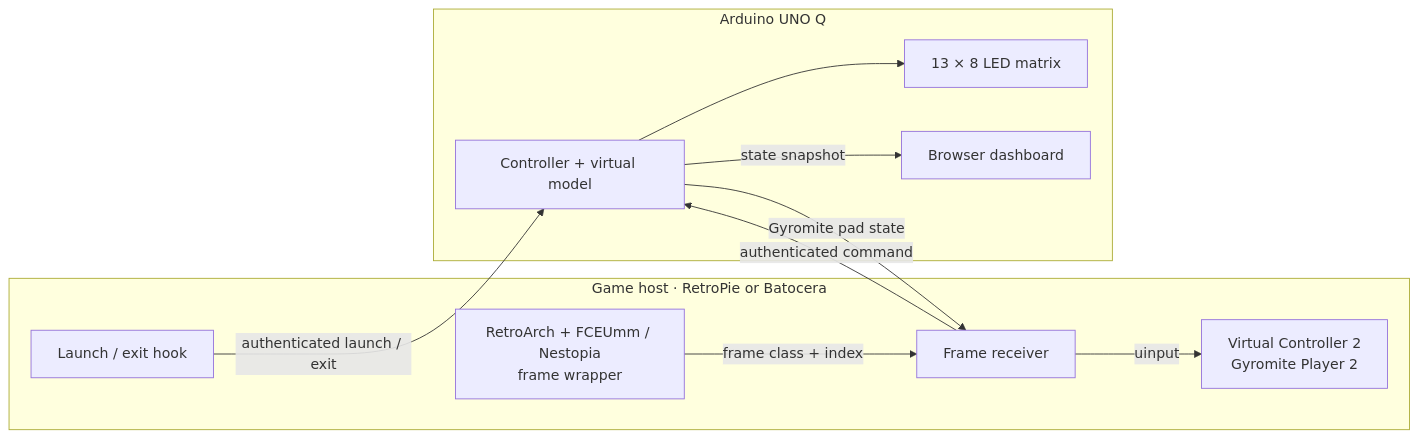
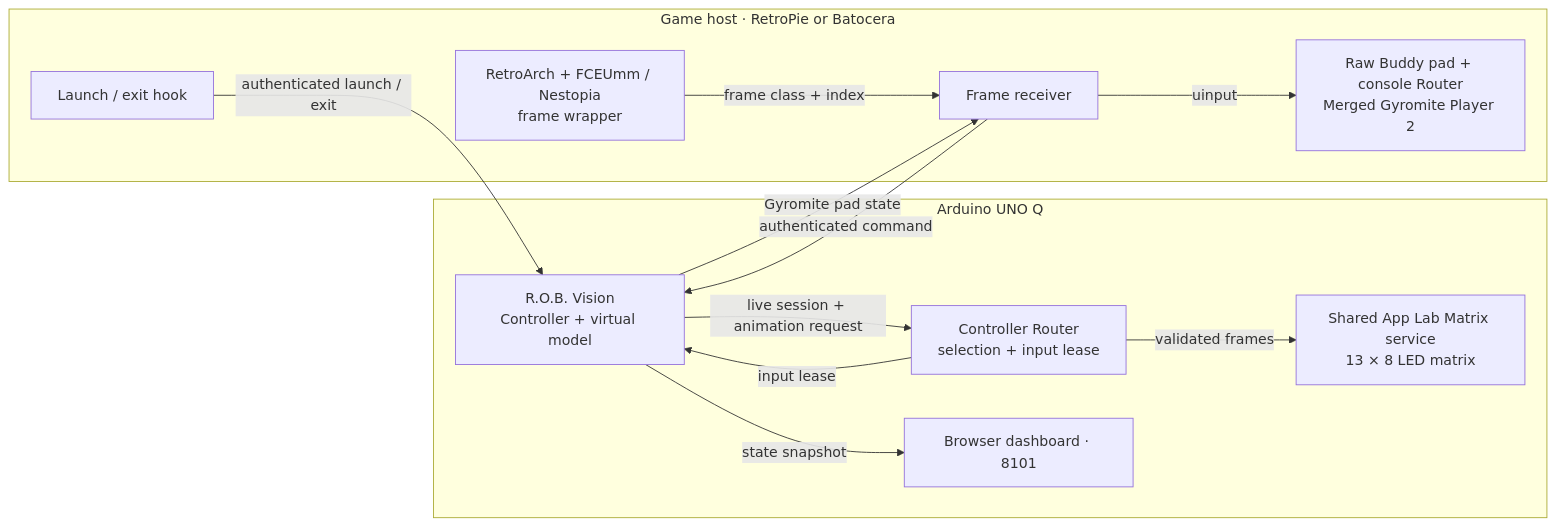
Before and after one commit to mathan416/ROB-Vision: the diagram in docs/TECHNICAL_ARCHITECTURE.md, drawn with Mermaid. The commit also changed other lines of this file and 31 other files, not shown here.

Commit message:
Align guides and Help with shared Controller Router behavior

````diff
--- a/docs/TECHNICAL_ARCHITECTURE.md
+++ b/docs/TECHNICAL_ARCHITECTURE.md
@@ -7,21 +7,24 @@
 ```mermaid
 flowchart LR
   subgraph HOST["Game host · RetroPie or Batocera"]
     HOOK["Launch / exit hook"]
     WRAPPER["RetroArch + FCEUmm / Nestopia<br/>frame wrapper"]
     RECEIVER["Frame receiver"]
-    PAD["Virtual Controller 2<br/>Gyromite Player 2"]
+    PAD["Raw Buddy pad + console Router<br/>Merged Gyromite Player 2"]
     WRAPPER -->|"frame class + index"| RECEIVER
     RECEIVER -->|"uinput"| PAD
   end
   subgraph UNO["Arduino UNO Q"]
-    MODEL["Controller + virtual model"]
-    MATRIX["13 × 8 LED matrix"]
-    WEB["Browser dashboard"]
-    MODEL --> MATRIX
+    MODEL["R.O.B. Vision<br/>Controller + virtual model"]
+    ROUTER["Controller Router<br/>selection + input lease"]
+    MATRIX["Shared App Lab Matrix service<br/>13 × 8 LED matrix"]
+    WEB["Browser dashboard · 8101"]
+    MODEL -->|"live session + animation request"| ROUTER
+    ROUTER -->|"input lease"| MODEL
+    ROUTER -->|"validated frames"| MATRIX
     MODEL -->|"state snapshot"| WEB
   end
   HOOK -->|"authenticated launch / exit"| MODEL
   RECEIVER -->|"authenticated command"| MODEL
   MODEL -->|"Gyromite pad state"| RECEIVER
 ```
````
